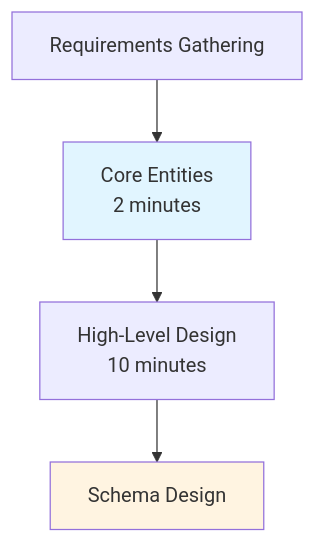
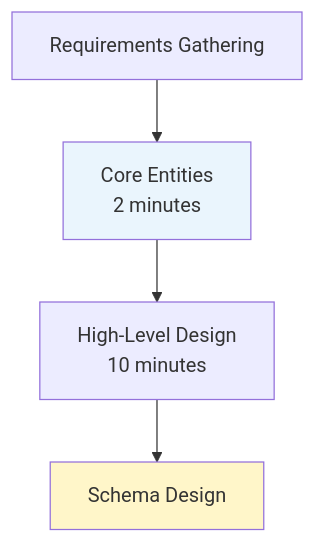
Before and after one commit to cartmancodes/InterviewVault: the first of 27 diagrams in LLD/CoreConcepts/DataModelling.md, drawn with Mermaid. The commit also changed other lines of this file and 679 other files, not shown here.

Commit message:
Unify content diagrams and add accessible visual walkthroughs

````diff
--- a/LLD/CoreConcepts/DataModelling.md
+++ b/LLD/CoreConcepts/DataModelling.md
@@ -32,14 +32,14 @@
 ```mermaid
 graph TB
     RG[Requirements Gathering]
     CE[Core Entities<br/>2 minutes]
     HLD[High-Level Design<br/>10 minutes]
     SD[Schema Design]
     
     RG --> CE
     CE --> HLD
     HLD --> SD
     
-    style CE fill:#e1f5ff
-    style SD fill:#fff4e1
+    style CE fill:#EAF5FD
+    style SD fill:#FFF6C9
 ```
````
